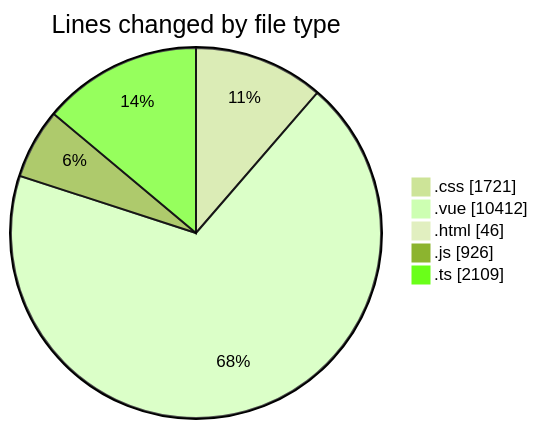
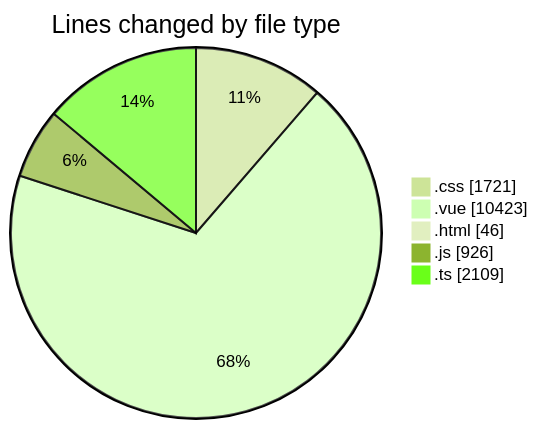
One commit to lephambinh05/code-tracking changed the first of 2 diagrams in 2025-08-18/rentotp/README.md. Above: the diagram before and after it, drawn with Mermaid (forest theme). The commit also changed other lines of this file and 1 other file, not shown here.

````diff
--- a/2025-08-18/rentotp/README.md
+++ b/2025-08-18/rentotp/README.md
@@ -59,9 +59,9 @@
 ```mermaid
 pie showData
 title Lines changed by file type
 ".css" : 1721
-".vue" : 10412
+".vue" : 10423
 ".html" : 46
 ".js" : 926
 ".ts" : 2109
 ```
````
